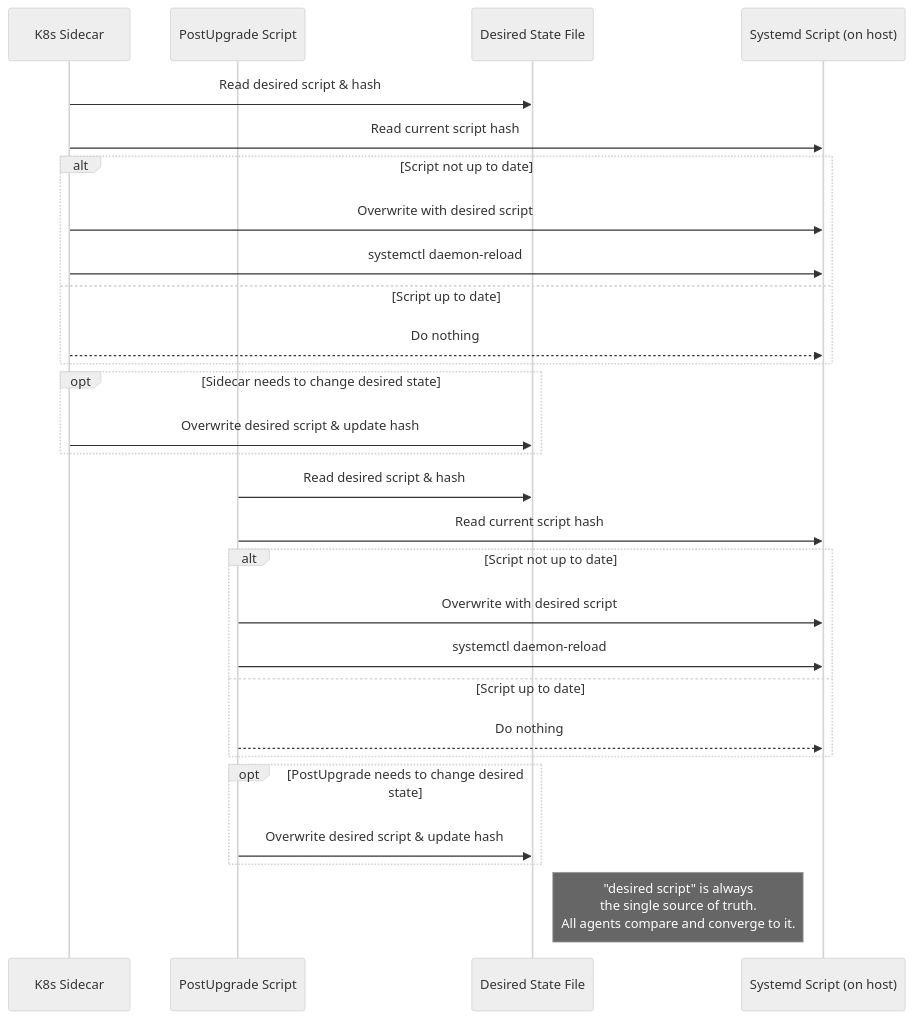
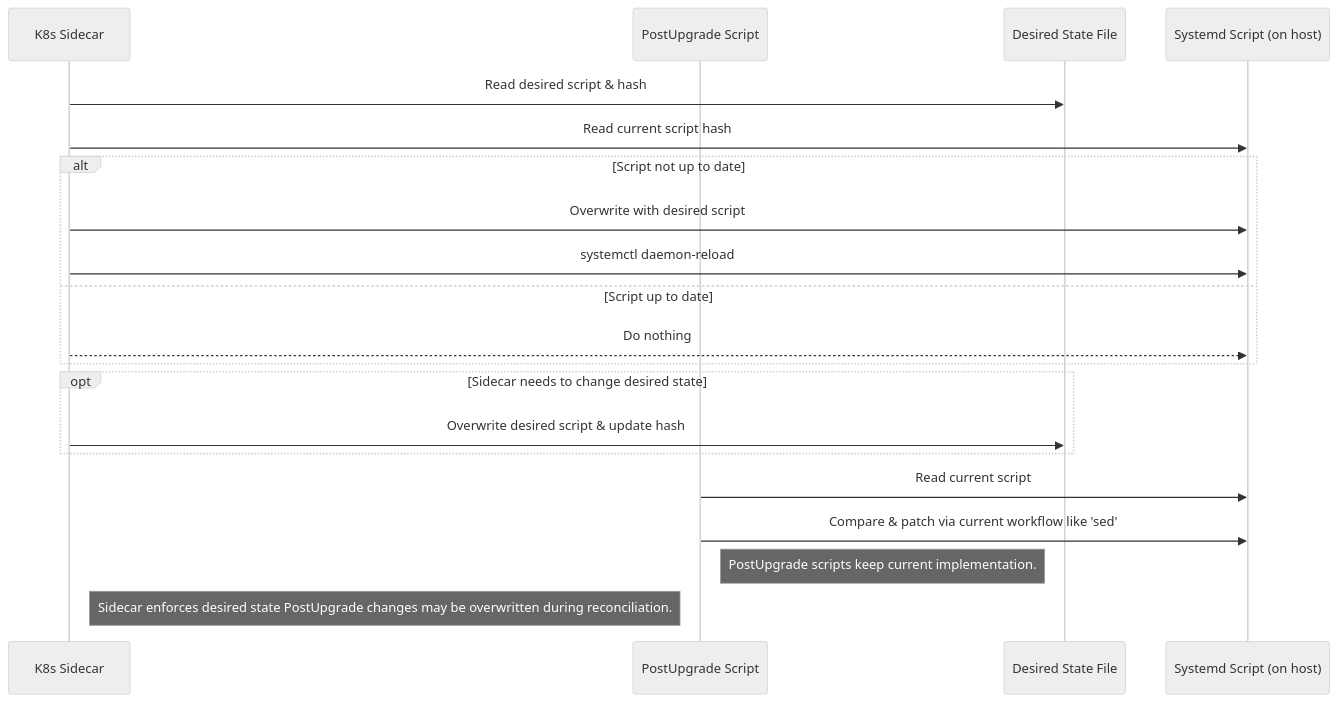
The first of 6 diagrams in doc/kubernetes/k8s_migration_design.md (sonic-net/SONiC), drawn with Mermaid (neutral theme) before and after one commit. The commit also changed other lines of this file and 1 other file, not shown here.

````diff
--- a/doc/kubernetes/k8s_migration_design.md
+++ b/doc/kubernetes/k8s_migration_design.md
@@ -279,39 +298,30 @@
 ```mermaid
 sequenceDiagram
     participant K8s_Sidecar as K8s Sidecar
     participant PostUpgrade as PostUpgrade Script
     participant DesiredFile as Desired State File
     participant SystemdScript as Systemd Script (on host)
 
     %% K8s Sidecar reconcile
     K8s_Sidecar->>DesiredFile: Read desired script & hash
     K8s_Sidecar->>SystemdScript: Read current script hash
     alt Script not up to date
         K8s_Sidecar->>SystemdScript: Overwrite with desired script
         K8s_Sidecar->>SystemdScript: systemctl daemon-reload
     else Script up to date
         K8s_Sidecar-->>SystemdScript: Do nothing
     end
 
     %% K8s Sidecar updates desired state (e.g., rollout)
     opt Sidecar needs to change desired state
         K8s_Sidecar->>DesiredFile: Overwrite desired script & update hash
     end
 
-    %% PostUpgrade reconcile
-    PostUpgrade->>DesiredFile: Read desired script & hash
-    PostUpgrade->>SystemdScript: Read current script hash
-    alt Script not up to date
-        PostUpgrade->>SystemdScript: Overwrite with desired script
-        PostUpgrade->>SystemdScript: systemctl daemon-reload
-    else Script up to date
-        PostUpgrade-->>SystemdScript: Do nothing
-    end
+    %% PostUpgrade runs independently
+    PostUpgrade->>SystemdScript: Read current script
+    PostUpgrade->>SystemdScript: Compare & patch via current workflow like 'sed'
 
-    %% PostUpgrade updates desired state (e.g., manual upgrade)
-    opt PostUpgrade needs to change desired state
-        PostUpgrade->>DesiredFile: Overwrite desired script & update hash
-    end
-
-    Note right of DesiredFile: "desired script" is always<br>the single source of truth.<br>All agents compare and converge to it.
+    %% Notes must be placed outside of blocks
+    Note right of PostUpgrade: PostUpgrade scripts keep current implementation.
+    Note right of K8s_Sidecar: Sidecar enforces desired state PostUpgrade changes may be overwritten during reconciliation.
 ```
````
